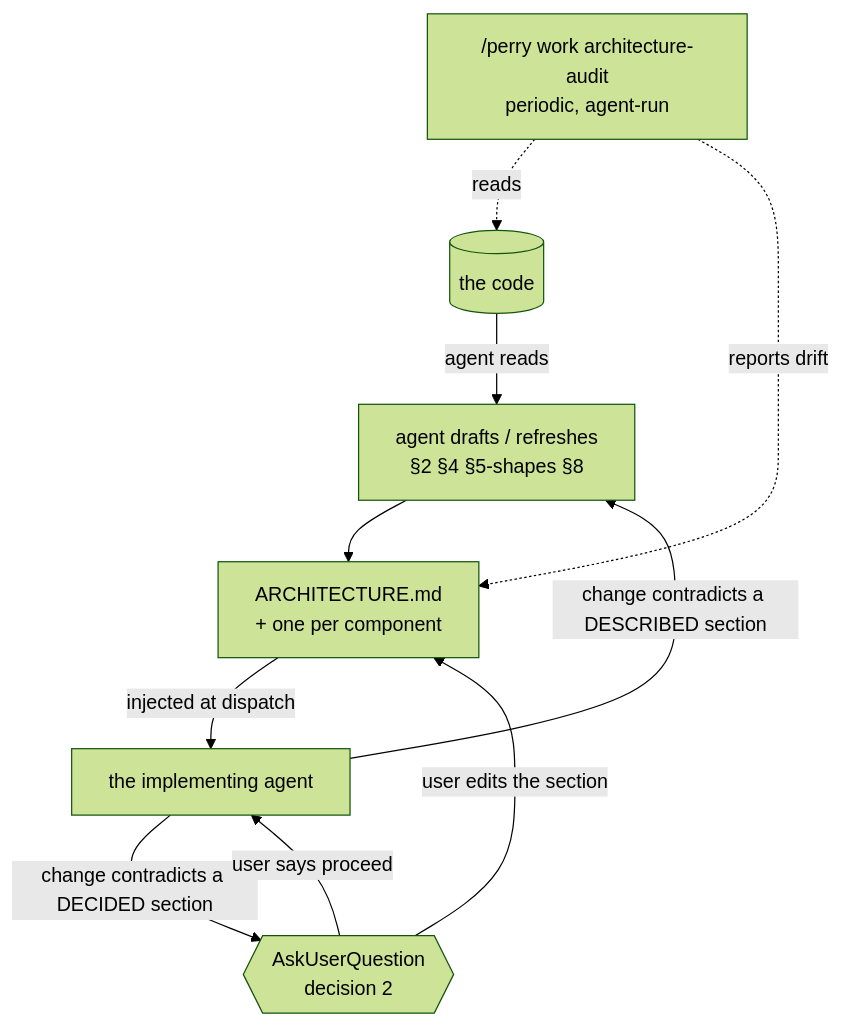
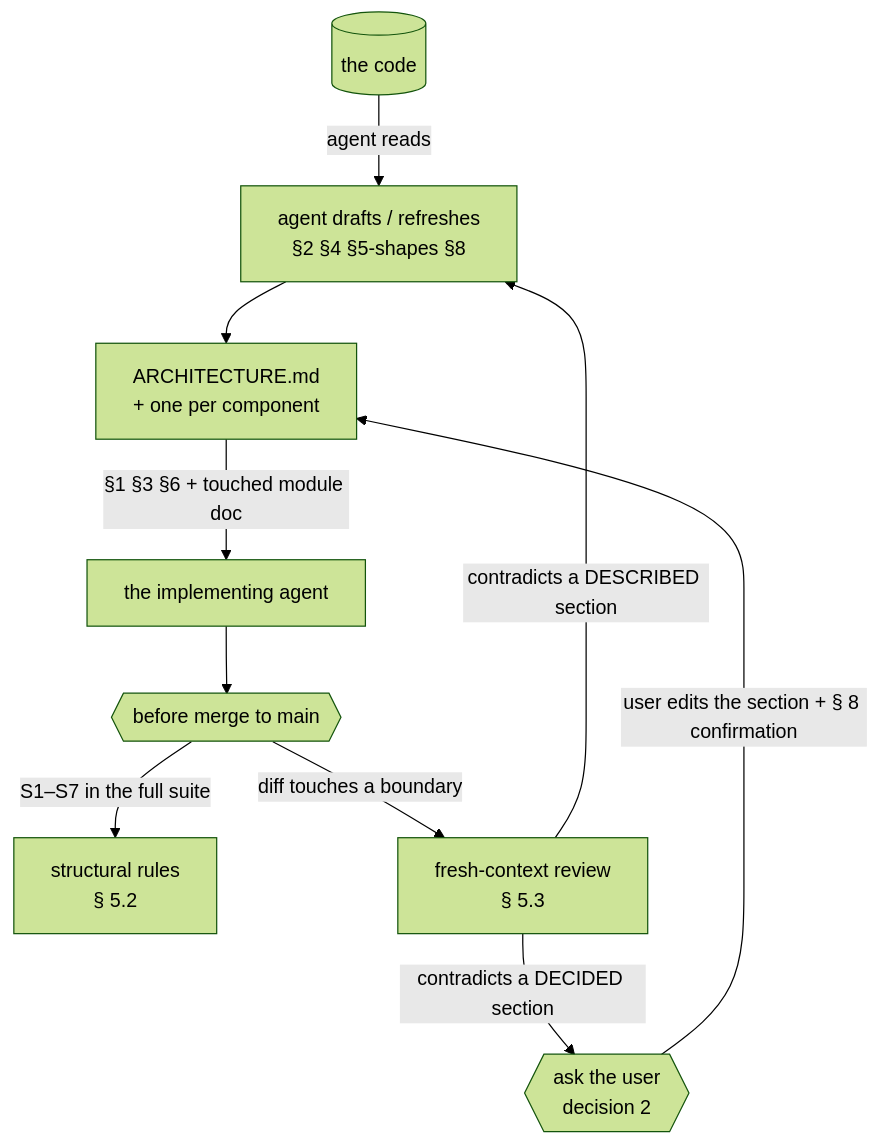
Before and after one commit to ranjiao/Perry: the diagram in perry/design/DESIGN-017-the-architecture-document-is-written-by-the-agent.md, drawn with Mermaid (forest theme). The commit also changed other lines of this file and 1 other file, not shown here.

First line of the commit message:
DESIGN-017 and DESIGN-021 locked: structure is checked before merge, meaning is reviewed, and the suite runs whole once per merge

````diff
--- a/perry/design/DESIGN-017-the-architecture-document-is-written-by-the-agent.md
+++ b/perry/design/DESIGN-017-the-architecture-document-is-written-by-the-agent.md
@@ -140,12 +220,12 @@
 ```mermaid
 flowchart TD
     Code[("the code")] -->|agent reads| Draft["agent drafts / refreshes<br/>§2 §4 §5-shapes §8"]
     Draft --> Doc["ARCHITECTURE.md<br/>+ one per component"]
-    Doc -->|injected at dispatch| Impl["the implementing agent"]
-    Impl -->|"change contradicts a DECIDED section"| Ask{{"AskUserQuestion<br/>decision 2"}}
-    Ask -->|user edits the section| Doc
-    Ask -->|user says proceed| Impl
-    Impl -->|"change contradicts a DESCRIBED section"| Draft
-    Audit["/perry work architecture-audit<br/>periodic, agent-run"] -.reads.-> Code
-    Audit -.reports drift.-> Doc
+    Doc -->|"§1 §3 §6 + touched module doc"| Impl["the implementing agent"]
+    Impl --> Merge{{"before merge to main"}}
+    Merge -->|"S1–S7 in the full suite"| Rules["structural rules<br/>§ 5.2"]
+    Merge -->|"diff touches a boundary"| Review["fresh-context review<br/>§ 5.3"]
+    Review -->|"contradicts a DECIDED section"| Ask{{"ask the user<br/>decision 2"}}
+    Ask -->|user edits the section + § 8 confirmation| Doc
+    Review -->|"contradicts a DESCRIBED section"| Draft
 ```
````
